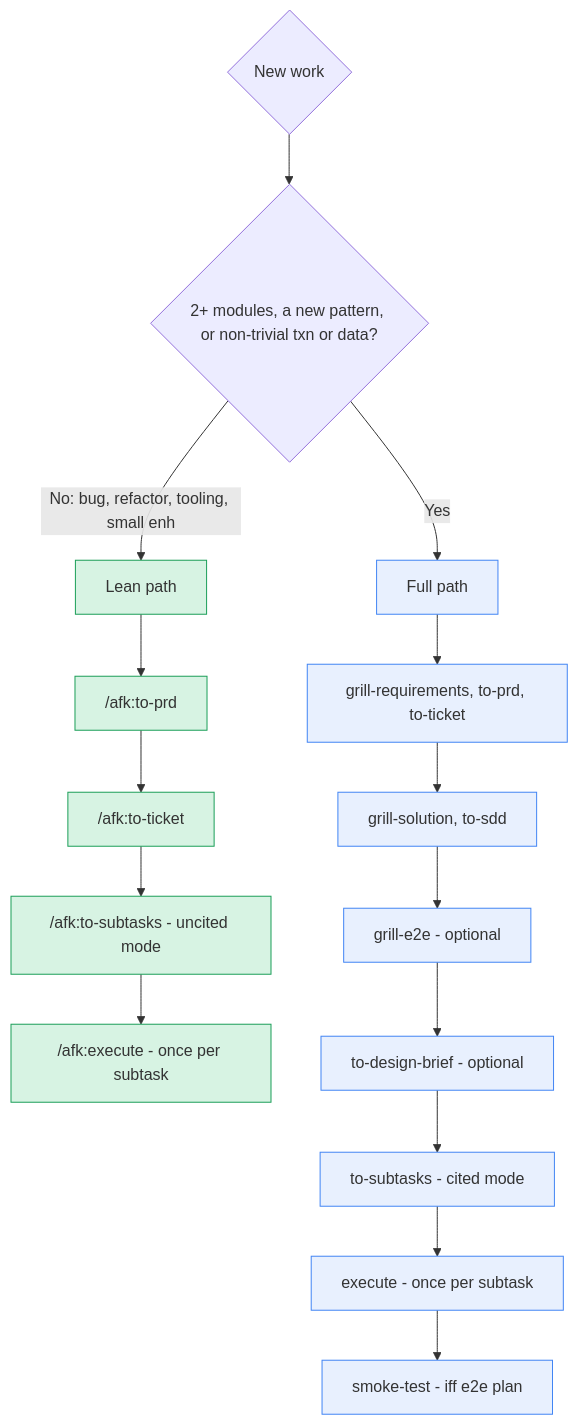
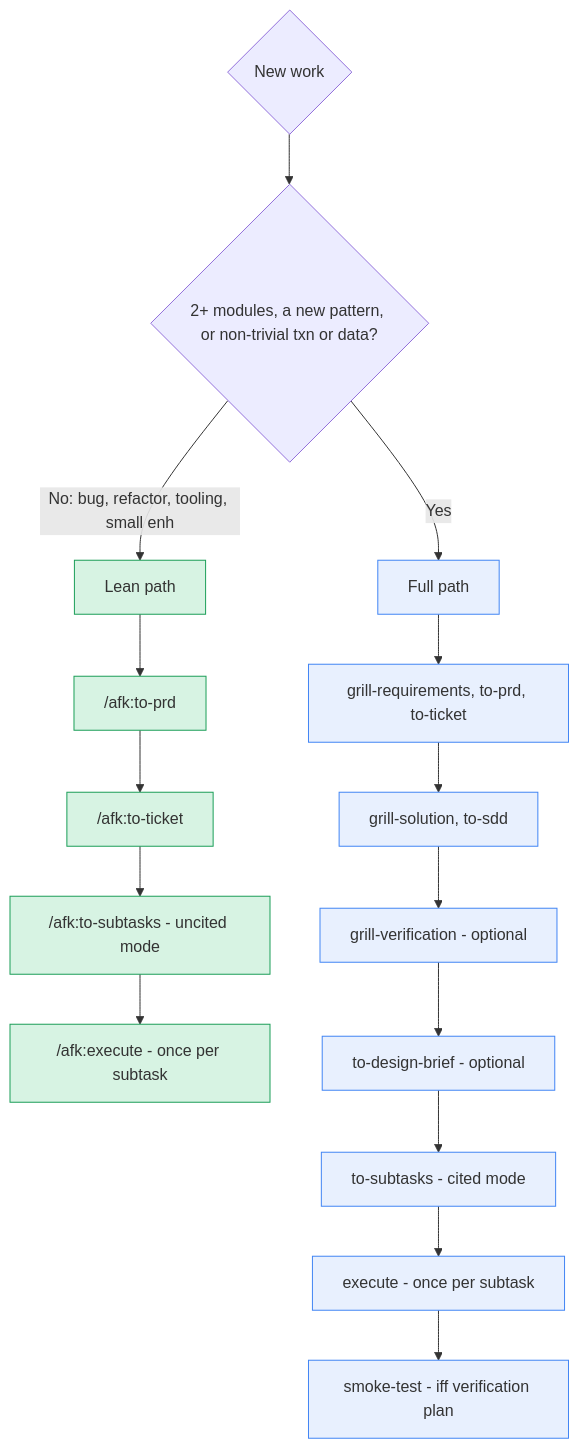
One commit to midnightblur/afk-driver changed the fourth of 6 diagrams in README.md. Above: the diagram before and after it, drawn with Mermaid. The commit also changed other lines of this file and 12 other files, not shown here.

````diff
--- a/README.md
+++ b/README.md
@@ -274,24 +279,24 @@
 ```mermaid
 graph TD
     A{New work} --> B{2+ modules, a new pattern, or non-trivial txn or data?}
     B -->|No: bug, refactor, tooling, small enh| LEAN[Lean path]
     B -->|Yes| FULL[Full path]
 
     LEAN --> L1["/afk:to-prd"]
     L1 --> L2["/afk:to-ticket"]
     L2 --> L3["/afk:to-subtasks - uncited mode"]
     L3 --> L4["/afk:execute - once per subtask"]
 
     FULL --> F1["grill-requirements, to-prd, to-ticket"]
     F1 --> F2["grill-solution, to-sdd"]
-    F2 --> F3["grill-e2e - optional"]
+    F2 --> F3["grill-verification - optional"]
     F3 --> F4["to-design-brief - optional"]
     F4 --> F5["to-subtasks - cited mode"]
     F5 --> F6["execute - once per subtask"]
-    F6 --> F7["smoke-test - iff e2e plan"]
+    F6 --> F7["smoke-test - iff verification plan"]
 
     classDef lean fill:#d7f3e3,stroke:#1b9e58;
     classDef full fill:#e8f0fe,stroke:#4285f4;
     class LEAN,L1,L2,L3,L4 lean;
     class FULL,F1,F2,F3,F4,F5,F6,F7 full;
 ```
````
